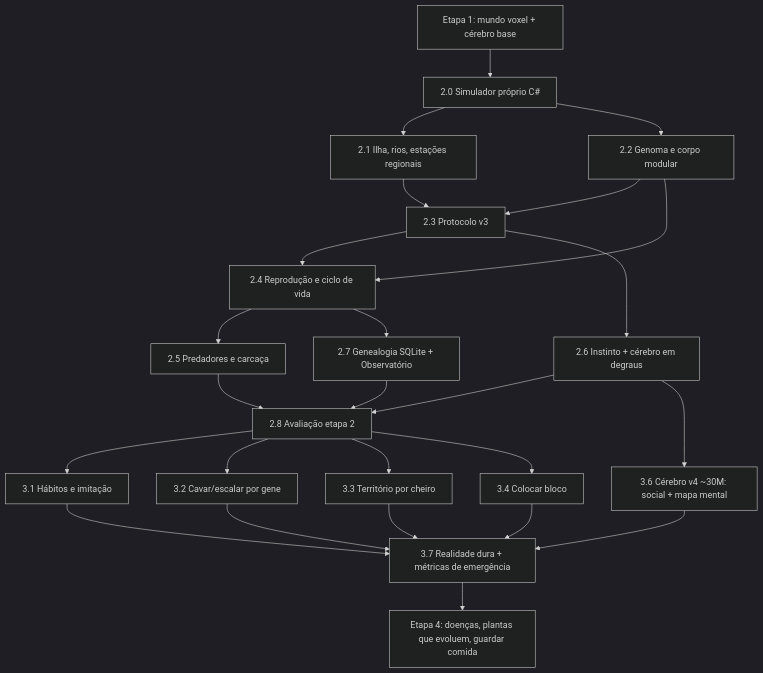
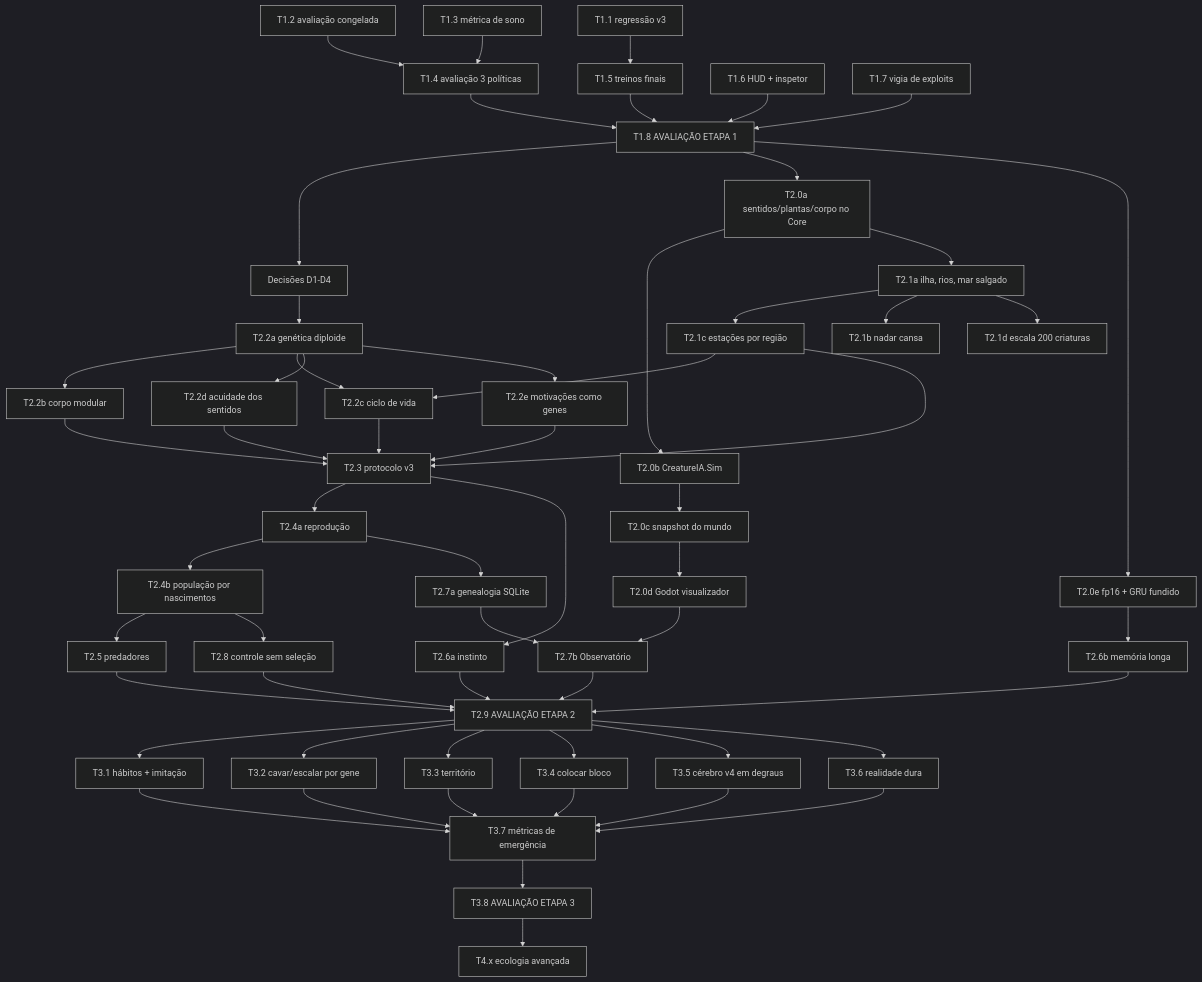
The diagram in docs/ROADMAP.md (AndrausP/AiDarwinProject), drawn with Mermaid (dark theme) before and after one commit. The commit also changed other lines of this file and 5 other files, not shown here.

````diff
--- a/docs/ROADMAP.md
+++ b/docs/ROADMAP.md
@@ -9,27 +16,54 @@
 ```mermaid
 flowchart TD
-    E1[Etapa 1: mundo voxel + cérebro base] --> S20[2.0 Simulador próprio C#]
-    S20 --> S21[2.1 Ilha, rios, estações regionais]
-    S20 --> S22[2.2 Genoma e corpo modular]
-    S21 --> S23[2.3 Protocolo v3]
-    S22 --> S23
-    S22 --> S24[2.4 Reprodução e ciclo de vida]
-    S23 --> S24
-    S24 --> S25[2.5 Predadores e carcaça]
-    S23 --> S26[2.6 Instinto + cérebro em degraus]
-    S24 --> S27[2.7 Genealogia SQLite + Observatório]
-    S25 --> S28[2.8 Avaliação etapa 2]
-    S26 --> S28
-    S27 --> S28
-    S28 --> S31[3.1 Hábitos e imitação]
-    S28 --> S32[3.2 Cavar/escalar por gene]
-    S28 --> S33[3.3 Território por cheiro]
-    S28 --> S34[3.4 Colocar bloco]
-    S26 --> S36[3.6 Cérebro v4 ~30M: social + mapa mental]
-    S31 --> S37[3.7 Realidade dura + métricas de emergência]
-    S32 --> S37
-    S33 --> S37
-    S34 --> S37
-    S36 --> S37
-    S37 --> E4[Etapa 4: doenças, plantas que evoluem, guardar comida]
+    T11[T1.1 regressão v3] --> T15[T1.5 treinos finais]
+    T12[T1.2 avaliação congelada] --> T14[T1.4 avaliação 3 políticas]
+    T13[T1.3 métrica de sono] --> T14
+    T14 --> T18[T1.8 AVALIAÇÃO ETAPA 1]
+    T15 --> T18
+    T16[T1.6 HUD + inspetor] --> T18
+    T17[T1.7 vigia de exploits] --> T18
+
+    T18 --> D[Decisões D1-D4]
+    T18 --> T20a[T2.0a sentidos/plantas/corpo no Core]
+    T20a --> T20b[T2.0b CreatureIA.Sim] --> T20c[T2.0c snapshot do mundo] --> T20d[T2.0d Godot visualizador]
+    T18 --> T20e[T2.0e fp16 + GRU fundido]
+    T20a --> T21a[T2.1a ilha, rios, mar salgado] --> T21c[T2.1c estações por região]
+    T21a --> T21b[T2.1b nadar cansa] 
+    T21a --> T21d[T2.1d escala 200 criaturas]
+    D --> T22a[T2.2a genética diploide] --> T22b[T2.2b corpo modular]
+    T22a --> T22c[T2.2c ciclo de vida]
+    T21c --> T22c
+    T22a --> T22d[T2.2d acuidade dos sentidos]
+    T22a --> T22e[T2.2e motivações como genes]
+    T21c --> T23[T2.3 protocolo v3]
+    T22b --> T23
+    T22c --> T23
+    T22d --> T23
+    T22e --> T23
+    T23 --> T24a[T2.4a reprodução] --> T24b[T2.4b população por nascimentos]
+    T24b --> T25[T2.5 predadores]
+    T23 --> T26a[T2.6a instinto]
+    T20e --> T26b[T2.6b memória longa]
+    T24a --> T27a[T2.7a genealogia SQLite] --> T27b[T2.7b Observatório]
+    T20d --> T27b
+    T24b --> T28[T2.8 controle sem seleção]
+    T25 --> T29[T2.9 AVALIAÇÃO ETAPA 2]
+    T26a --> T29
+    T26b --> T29
+    T27b --> T29
+    T28 --> T29
+
+    T29 --> T31[T3.1 hábitos + imitação]
+    T29 --> T32[T3.2 cavar/escalar por gene]
+    T29 --> T33[T3.3 território]
+    T29 --> T34[T3.4 colocar bloco]
+    T29 --> T35[T3.5 cérebro v4 em degraus]
+    T29 --> T36[T3.6 realidade dura]
+    T31 --> T37[T3.7 métricas de emergência]
+    T32 --> T37
+    T33 --> T37
+    T34 --> T37
+    T35 --> T37
+    T36 --> T37
+    T37 --> T38[T3.8 AVALIAÇÃO ETAPA 3] --> E4[T4.x ecologia avançada]
 ```
````
